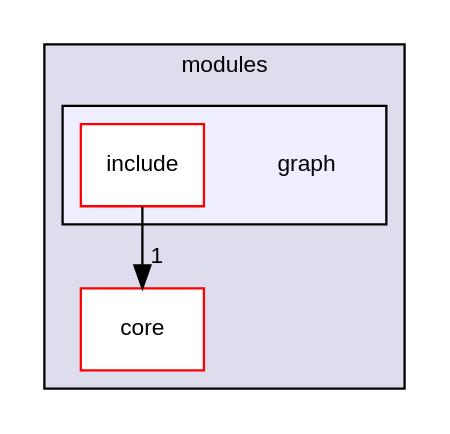
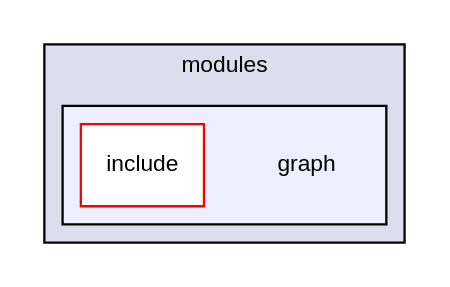
Before and after one commit to YuruTu/NANA: the diagram in docs/dir_33c137a055f180a488eaf5b0b4e3c87c_dep.dot, drawn with Graphviz. The commit also changed 80 other files, not shown here.

```diff
--- a/docs/dir_33c137a055f180a488eaf5b0b4e3c87c_dep.dot
+++ b/docs/dir_33c137a055f180a488eaf5b0b4e3c87c_dep.dot
@@ -1,15 +1,13 @@
 digraph "NANA/modules/graph" {
   compound=true
   node [ fontsize="10", fontname="Helvetica"];
   edge [ labelfontsize="10", labelfontname="Helvetica"];
   subgraph clusterdir_6b55659ead8ae8e939b199224b5f3833 {
     graph [ bgcolor="#ddddee", pencolor="black", label="modules" fontname="Helvetica", fontsize="10", URL="dir_6b55659ead8ae8e939b199224b5f3833.html"]
-  dir_c3e203e05606b384f5fc9d03652c3ac7 [shape=box label="core" fillcolor="white" style="filled" color="red" URL="dir_c3e203e05606b384f5fc9d03652c3ac7.html"];
   subgraph clusterdir_33c137a055f180a488eaf5b0b4e3c87c {
     graph [ bgcolor="#eeeeff", pencolor="black", label="" URL="dir_33c137a055f180a488eaf5b0b4e3c87c.html"];
     dir_33c137a055f180a488eaf5b0b4e3c87c [shape=plaintext label="graph"];
   dir_530ae37280304dae5fb598c43c6ead02 [shape=box label="include" fillcolor="white" style="filled" color="red" URL="dir_530ae37280304dae5fb598c43c6ead02.html"];
   }
   }
-  dir_530ae37280304dae5fb598c43c6ead02->dir_c3e203e05606b384f5fc9d03652c3ac7 [headlabel="1", labeldistance=1.5 headhref="dir_000019_000006.html"];
 }
```
